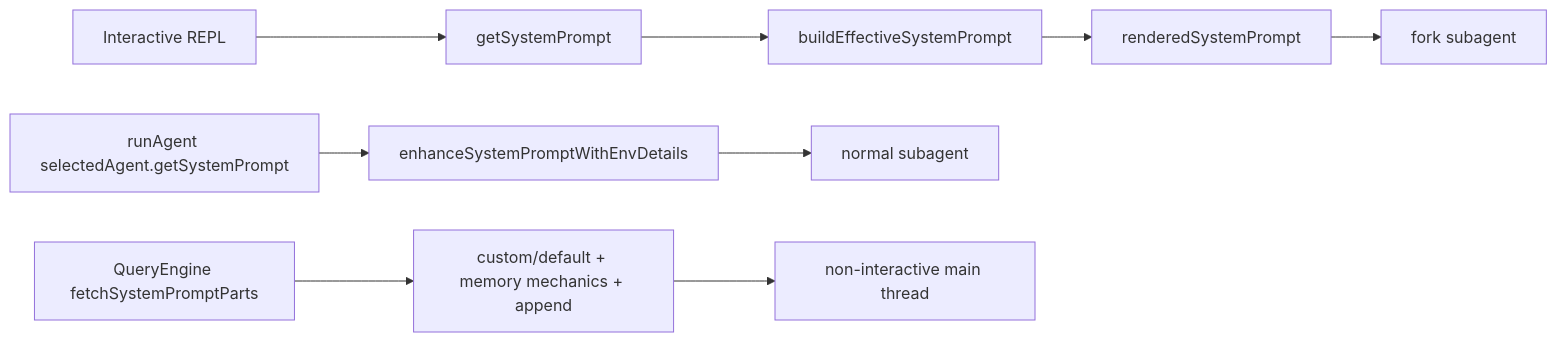
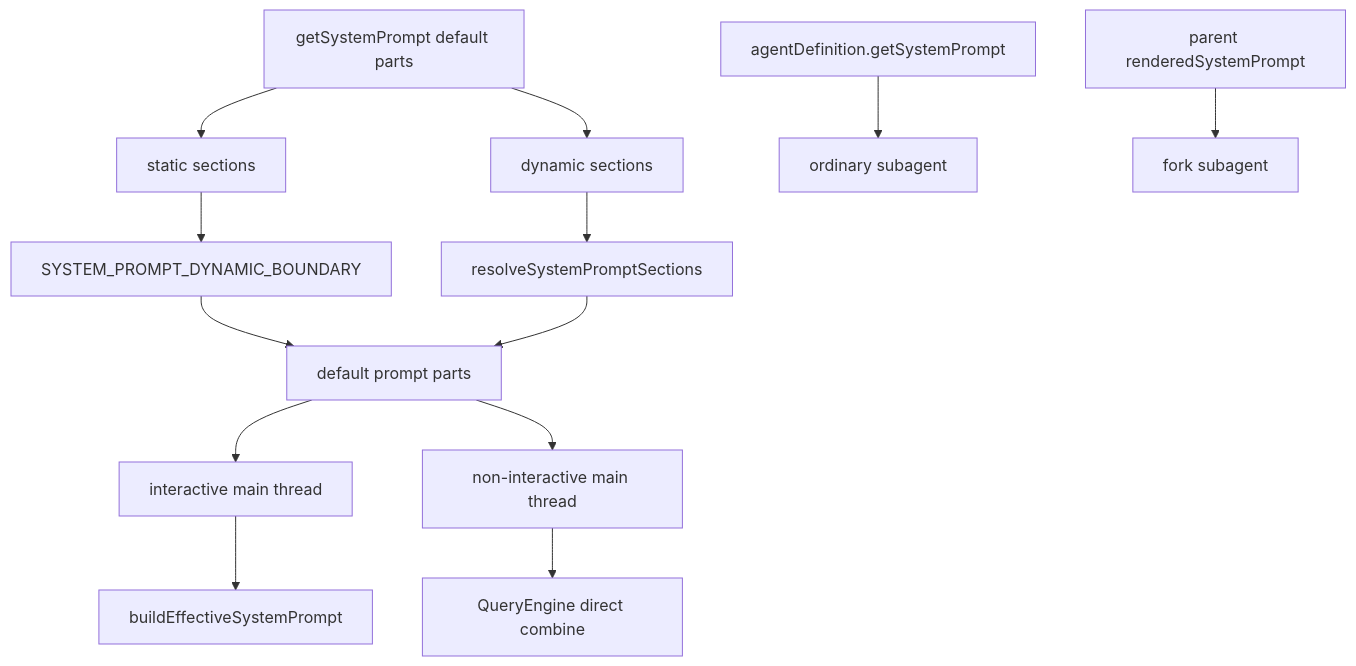
The diagram in MODULES/08-prompts-config-and-other-moats/DEEP/README.md (Boulea7/ClaudeCode-Source-DeepDive), drawn with Mermaid before and after one commit. The commit also changed other lines of this file and 6 other files, not shown here.

````diff
--- a/MODULES/08-prompts-config-and-other-moats/DEEP/README.md
+++ b/MODULES/08-prompts-config-and-other-moats/DEEP/README.md
@@ -142,13 +161,18 @@
 ```mermaid
-flowchart LR
-    A[Interactive REPL] --> B[getSystemPrompt]
-    B --> C[buildEffectiveSystemPrompt]
-    C --> D[renderedSystemPrompt]
-    D --> E[fork subagent]
+flowchart TD
+    A[getSystemPrompt default parts] --> B[static sections]
+    A --> C[dynamic sections]
+    B --> D[SYSTEM_PROMPT_DYNAMIC_BOUNDARY]
+    C --> E[resolveSystemPromptSections]
+    D --> F[default prompt parts]
+    E --> F
 
-    F[runAgent selectedAgent.getSystemPrompt] --> G[enhanceSystemPromptWithEnvDetails]
-    G --> H[normal subagent]
+    F --> G[interactive main thread]
+    G --> H[buildEffectiveSystemPrompt]
 
-    I[QueryEngine fetchSystemPromptParts] --> J[custom/default + memory mechanics + append]
-    J --> K[non-interactive main thread]
+    F --> I[non-interactive main thread]
+    I --> J[QueryEngine direct combine]
+
+    K[agentDefinition.getSystemPrompt] --> L[ordinary subagent]
+    M[parent renderedSystemPrompt] --> N[fork subagent]
 ```
````
